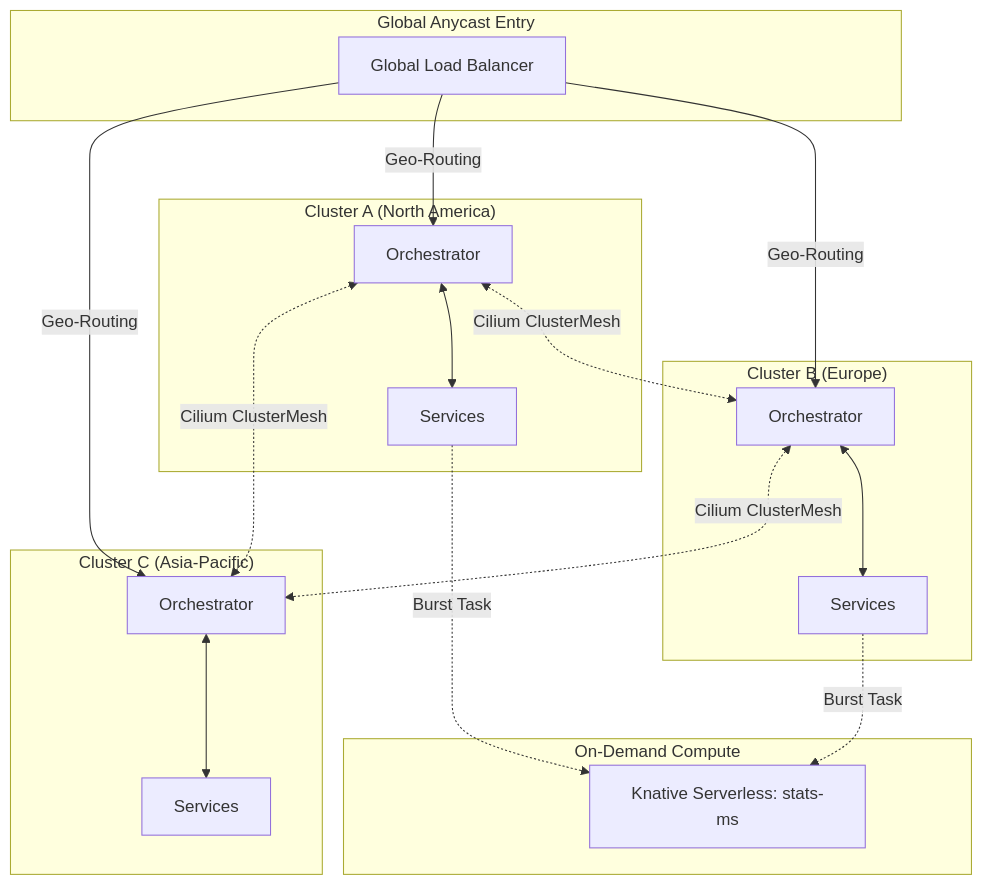
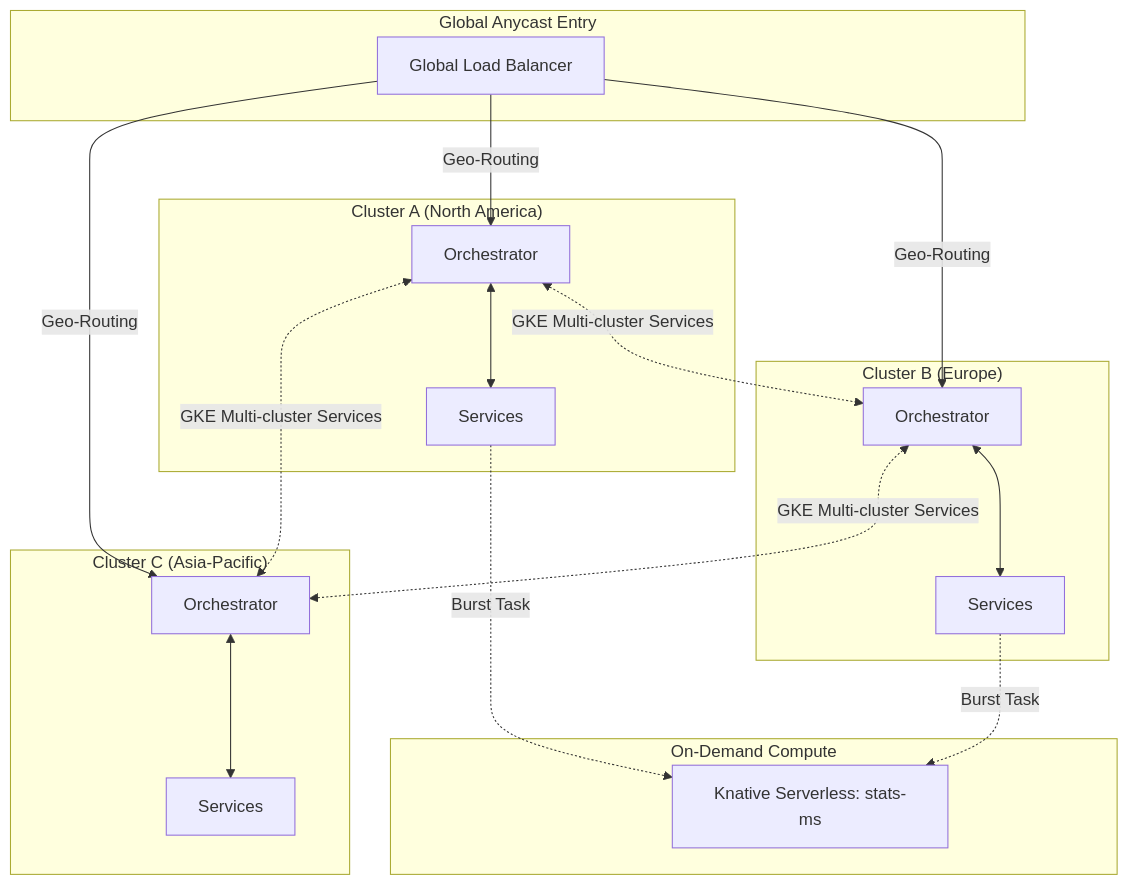
Diagram 18 of 21 in Documentation/Version_1/Book_Version_1.md (sergioitremotejobs2025-sketch/GreenHouse_Arduino), drawn with Mermaid before and after one commit. The commit also changed other lines of this file, not shown here.

Commit message:
docs: finalize GKE MCS pivot in Chapter 16 and 17

````diff
--- a/Documentation/Version_1/Book_Version_1.md
+++ b/Documentation/Version_1/Book_Version_1.md
@@ -1066,32 +1066,32 @@
 ```mermaid
 graph TD
     subgraph "Global Anycast Entry"
         IP[Global Load Balancer]
     end
 
     subgraph "Cluster A (North America)"
         O1[Orchestrator] <--> S1[Services]
     end
 
     subgraph "Cluster B (Europe)"
         O2[Orchestrator] <--> S2[Services]
     end
 
     subgraph "Cluster C (Asia-Pacific)"
         O3[Orchestrator] <--> S3[Services]
     end
 
     IP -->|Geo-Routing| O1
     IP -->|Geo-Routing| O2
     IP -->|Geo-Routing| O3
 
-    O1 <-.->|Cilium ClusterMesh| O2
-    O2 <-.->|Cilium ClusterMesh| O3
-    O3 <-.->|Cilium ClusterMesh| O1
+    O1 <-.->|GKE Multi-cluster Services| O2
+    O2 <-.->|GKE Multi-cluster Services| O3
+    O3 <-.->|GKE Multi-cluster Services| O1
 
     subgraph "On-Demand Compute"
         K[Knative Serverless: stats-ms]
     end
     S1 -.->|Burst Task| K
     S2 -.->|Burst Task| K
 ```
````
